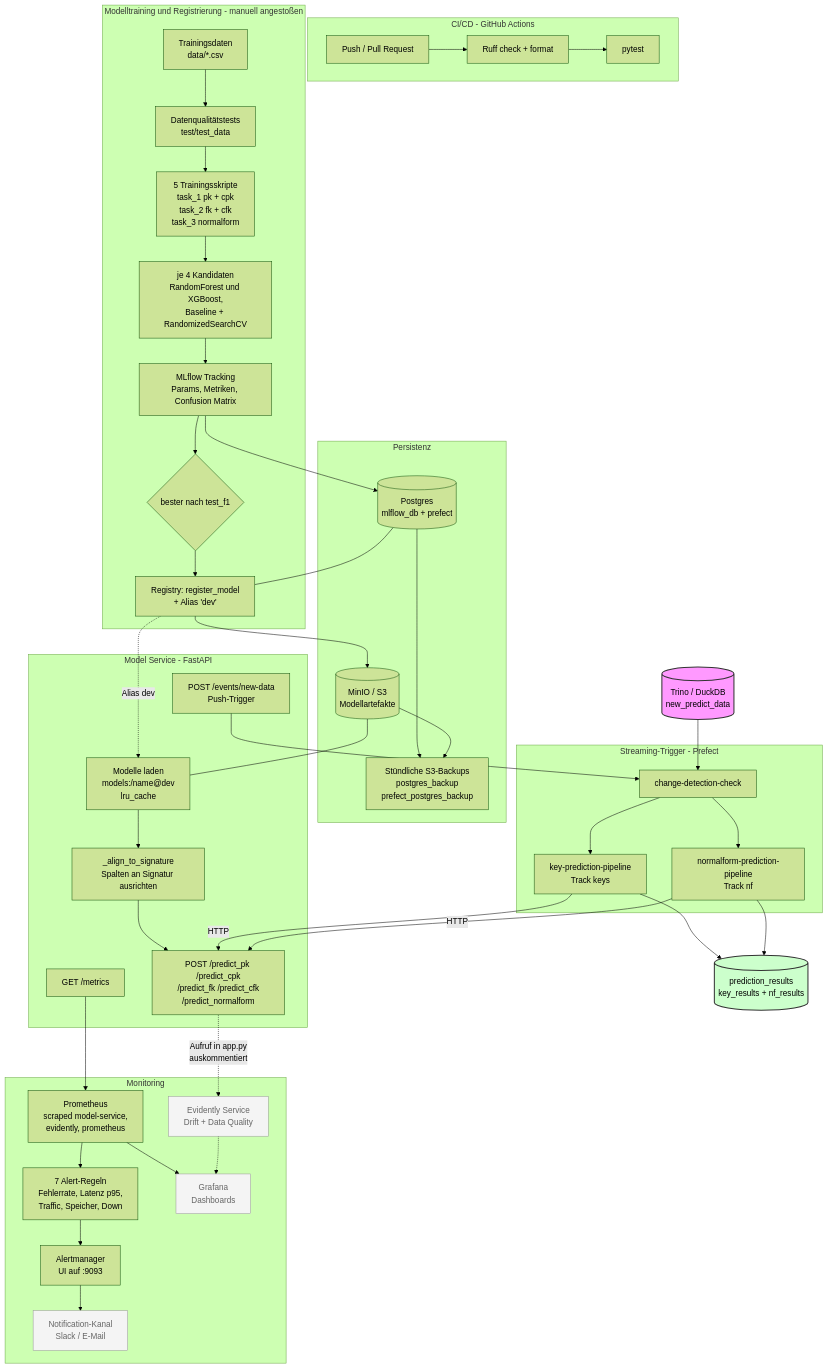
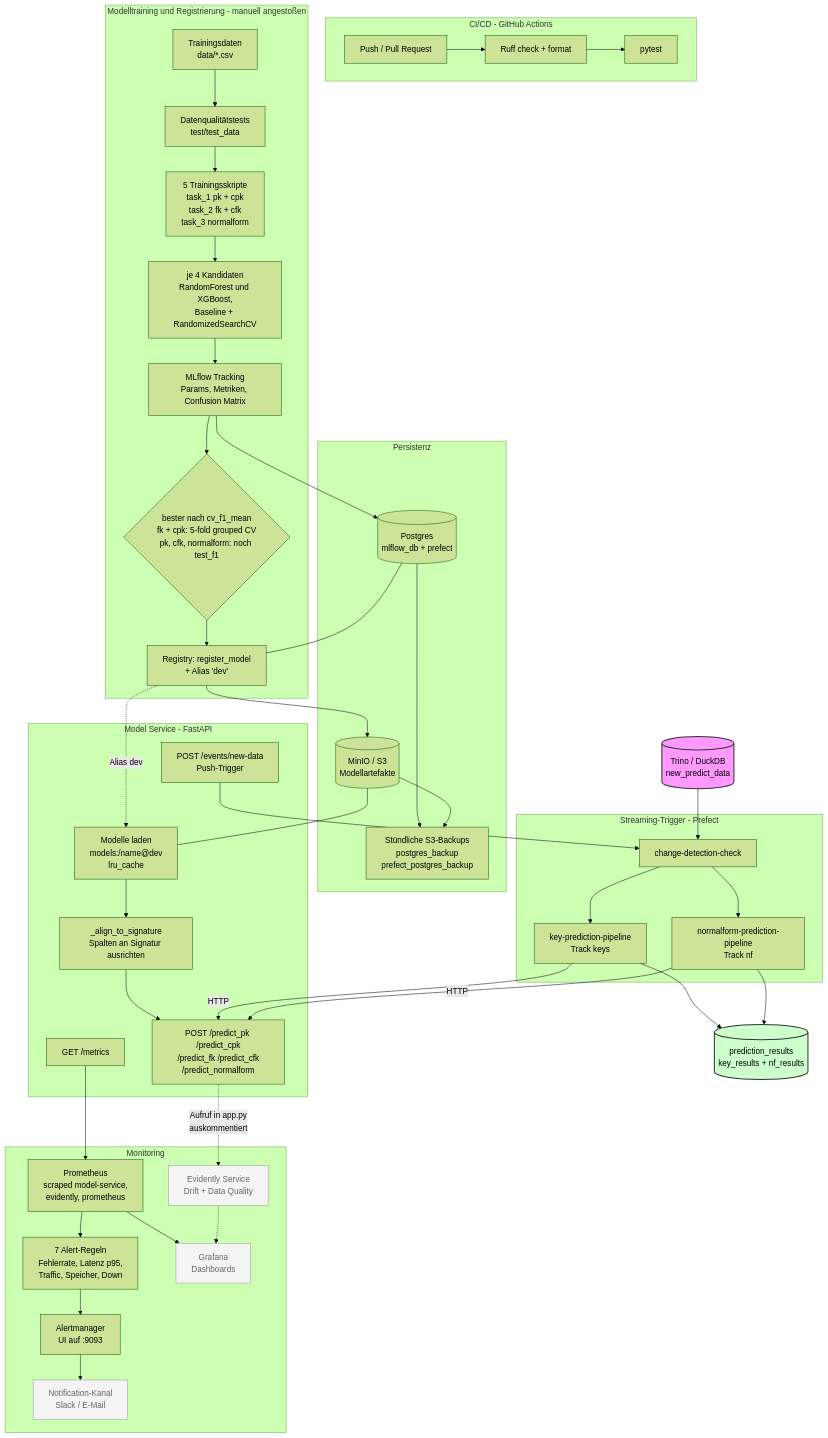
Before and after one commit to ChrDro/mlops-alligator-metaswamp: the first of 3 diagrams in documentation/flowchart.md, drawn with Mermaid (forest theme). The commit also changed 3 other files, not shown here.

````diff
--- a/documentation/flowchart.md
+++ b/documentation/flowchart.md
@@ -13,75 +13,75 @@
 ```mermaid
 graph TD
     subgraph CI["CI/CD - GitHub Actions"]
         PUSH["Push / Pull Request"] --> LINT["Ruff check + format"]
         LINT --> PYTEST["pytest"]
     end
 
     subgraph TRAIN["Modelltraining und Registrierung - manuell angestoßen"]
         TRAINDATA["Trainingsdaten<br/>data/*.csv"] --> DQ["Datenqualitätstests<br/>test/test_data"]
         DQ --> SCRIPTS["5 Trainingsskripte<br/>task_1 pk + cpk<br/>task_2 fk + cfk<br/>task_3 normalform"]
         SCRIPTS --> CAND["je 4 Kandidaten<br/>RandomForest und XGBoost,<br/>Baseline + RandomizedSearchCV"]
         CAND --> TRACK["MLflow Tracking<br/>Params, Metriken, Confusion Matrix"]
-        TRACK --> BEST{"bester nach test_f1"}
+        TRACK --> BEST{"bester nach cv_f1_mean<br/>fk + cpk: 5-fold grouped CV<br/>pk, cfk, normalform: noch test_f1"}
         BEST --> REG["Registry: register_model<br/>+ Alias 'dev'"]
     end
 
     subgraph PERSIST["Persistenz"]
         PGDB[("Postgres<br/>mlflow_db + prefect")]
         MINIO[("MinIO / S3<br/>Modellartefakte")]
         BACKUP["Stündliche S3-Backups<br/>postgres_backup<br/>prefect_postgres_backup"]
         PGDB --> BACKUP
         MINIO --> BACKUP
     end
 
     TRACK --> PGDB
     REG --> MINIO
 
     subgraph SERVE["Model Service - FastAPI"]
         LOAD["Modelle laden<br/>models:/name@dev<br/>lru_cache"]
         ALIGN["_align_to_signature<br/>Spalten an Signatur ausrichten"]
         EP["POST /predict_pk /predict_cpk<br/>/predict_fk /predict_cfk<br/>/predict_normalform"]
         HOOK["POST /events/new-data<br/>Push-Trigger"]
         METRICS["GET /metrics"]
         LOAD --> ALIGN --> EP
     end
 
     REG -.->|"Alias dev"| LOAD
     PGDB --- REG
     MINIO --- LOAD
 
     subgraph STREAM["Streaming-Trigger - Prefect"]
         DETECT["change-detection-check"]
         PKFK["key-prediction-pipeline<br/>Track keys"]
         NF["normalform-prediction-pipeline<br/>Track nf"]
     end
 
     SRC[("Trino / DuckDB<br/>new_predict_data")] --> DETECT
     HOOK --> DETECT
     DETECT --> PKFK
     DETECT --> NF
     PKFK -->|"HTTP"| EP
     NF -->|"HTTP"| EP
     PKFK --> RESULTS[("prediction_results<br/>key_results + nf_results")]
     NF --> RESULTS
 
     subgraph MON["Monitoring"]
         PROM["Prometheus<br/>scraped model-service,<br/>evidently, prometheus"]
         ALERTS["7 Alert-Regeln<br/>Fehlerrate, Latenz p95,<br/>Traffic, Speicher, Down"]
         AM["Alertmanager<br/>UI auf :9093"]
         NOTIFY["Notification-Kanal<br/>Slack / E-Mail"]
         GRAF["Grafana<br/>Dashboards"]
         EVID["Evidently Service<br/>Drift + Data Quality"]
         PROM --> ALERTS --> AM --> NOTIFY
         PROM --> GRAF
     end
 
     METRICS --> PROM
     EP -.->|"Aufruf in app.py<br/>auskommentiert"| EVID
     EVID -.-> GRAF
 
     classDef offen fill:#f4f4f4,stroke:#999,stroke-width:1px,color:#666
     class NOTIFY,GRAF,EVID offen
     style SRC fill:#f9f,stroke:#333,stroke-width:2px
     style RESULTS fill:#cfc,stroke:#333,stroke-width:2px
 ```
````
